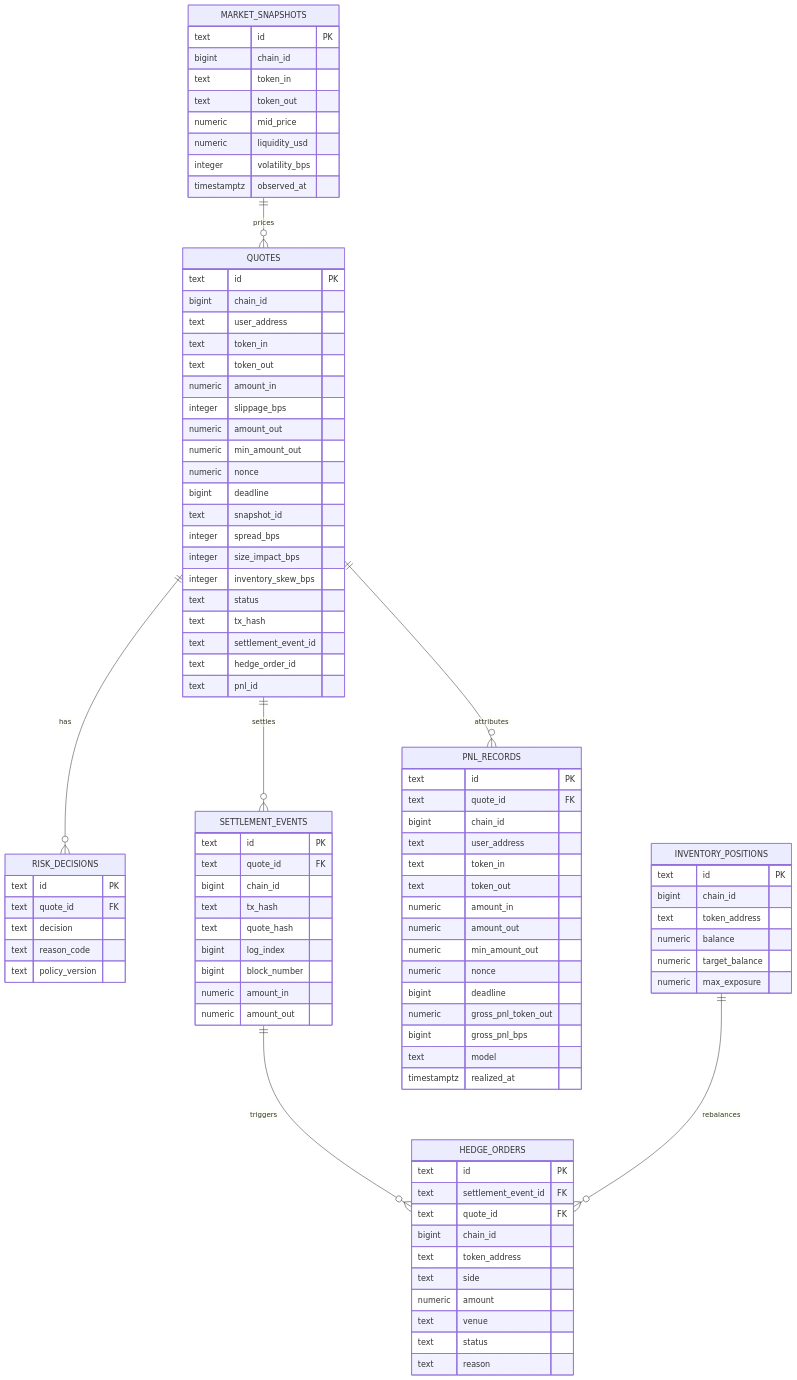
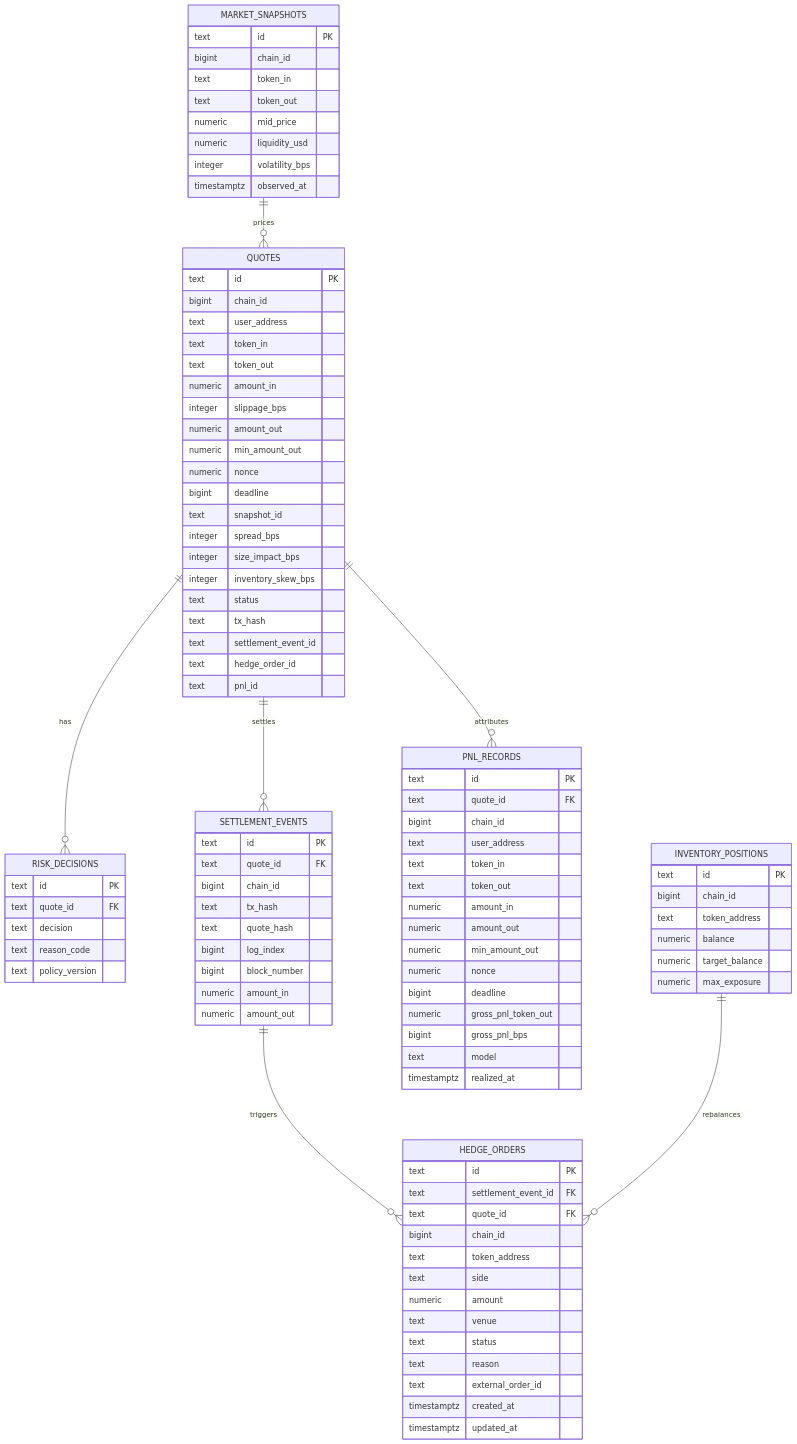
The diagram in docs/database/er-diagram.md (alvis-ai/production-grade-web3-rfq-market-maker), drawn with Mermaid before and after one commit. The commit also changed other lines of this file and 12 other files, not shown here.

```diff
--- a/docs/database/er-diagram.md
+++ b/docs/database/er-diagram.md
@@ -85,6 +85,9 @@
     text venue
     text status
     text reason
+    text external_order_id
+    timestamptz created_at
+    timestamptz updated_at
   }
 
   PNL_RECORDS {
```
